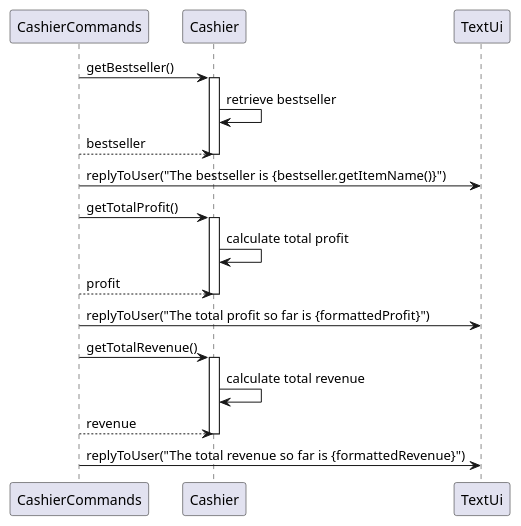
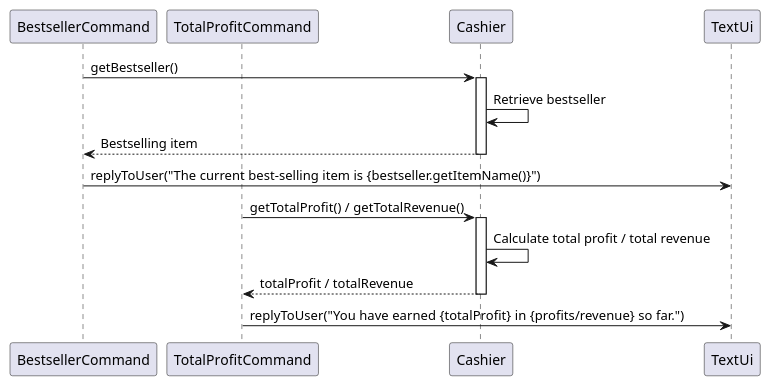
The diagram in docs/Diagrams/CashierCommands_SeqDiag.puml (LowTL/tp), drawn with PlantUML before and after one commit. The commit also changed 1 other file, not shown here.

Commit message:
Add Cashier clas diagram

```diff
--- a/docs/Diagrams/CashierCommands_SeqDiag.puml
+++ b/docs/Diagrams/CashierCommands_SeqDiag.puml
@@ -1,30 +1,21 @@
 @startuml
-participant CashierCommands
+participant BestsellerCommand
+participant TotalProfitCommand
 participant Cashier
 participant TextUi
 
-CashierCommands -> Cashier: getBestseller()
+BestsellerCommand -> Cashier: getBestseller()
 activate Cashier
-Cashier -> Cashier: retrieve bestseller
-Cashier <-- CashierCommands: bestseller
+Cashier -> Cashier: Retrieve bestseller
+Cashier --> BestsellerCommand: Bestselling item
 deactivate Cashier
-CashierCommands -> TextUi: replyToUser("The bestseller is {bestseller.getItemName()}")
-deactivate CashierCommands
+BestsellerCommand -> TextUi: replyToUser("The current best-selling item is {bestseller.getItemName()}")
 
-CashierCommands -> Cashier: getTotalProfit()
+TotalProfitCommand -> Cashier: getTotalProfit() / getTotalRevenue()
 activate Cashier
-Cashier -> Cashier: calculate total profit
-Cashier <-- CashierCommands: profit
+Cashier -> Cashier: Calculate total profit / total revenue
+Cashier --> TotalProfitCommand: totalProfit / totalRevenue
 deactivate Cashier
-CashierCommands -> TextUi: replyToUser("The total profit so far is {formattedProfit}")
-deactivate CashierCommands
-
-CashierCommands -> Cashier: getTotalRevenue()
-activate Cashier
-Cashier -> Cashier: calculate total revenue
-Cashier <-- CashierCommands: revenue
-deactivate Cashier
-CashierCommands -> TextUi: replyToUser("The total revenue so far is {formattedRevenue}")
-deactivate CashierCommands
+TotalProfitCommand -> TextUi: replyToUser("You have earned {totalProfit} in {profits/revenue} so far.")
 
 @enduml
```
